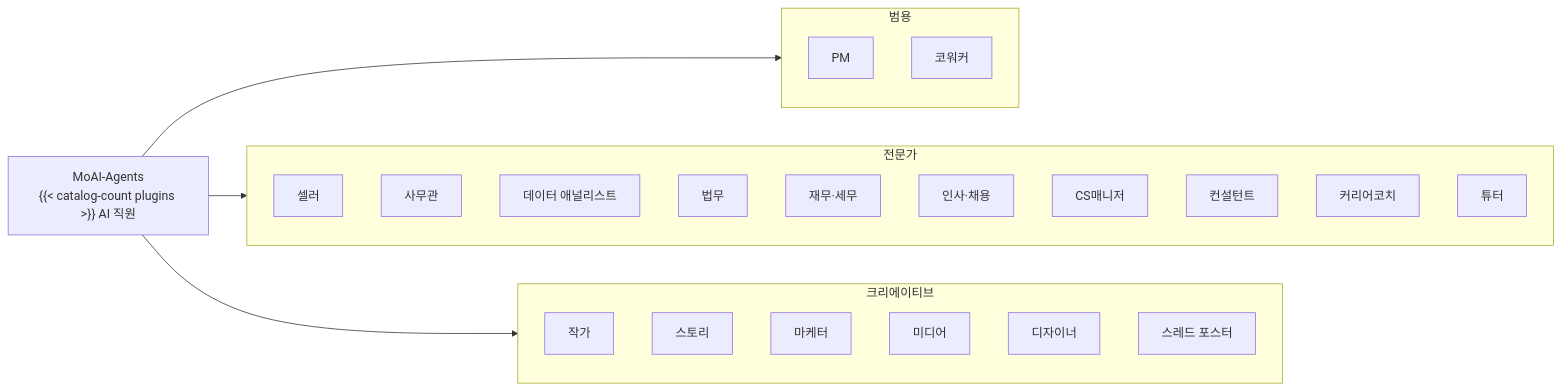
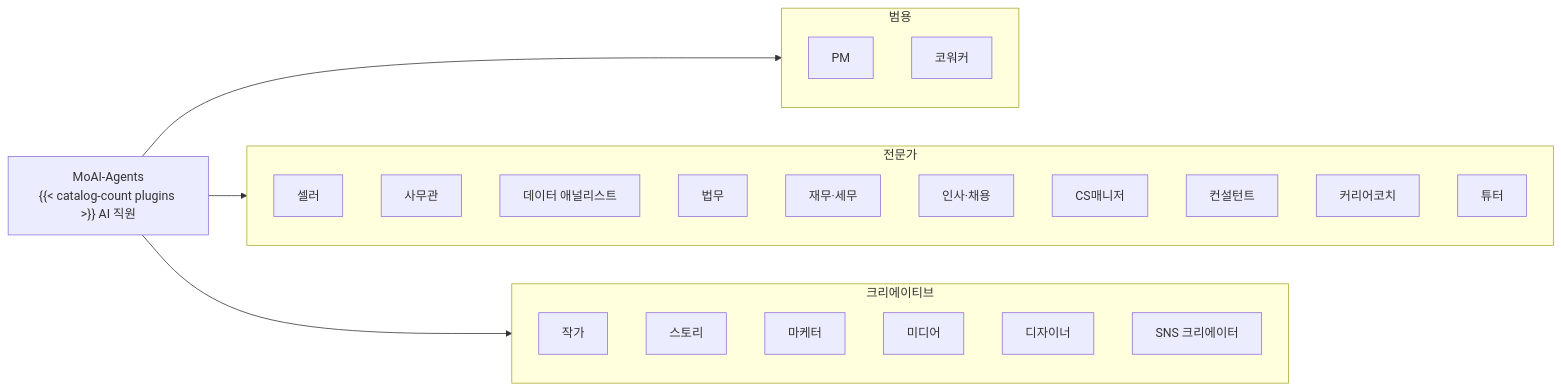
One commit to modu-ai/cowork-plugins changed the diagram in www/content/moai-agents/_index.md. Above: the diagram before and after it, drawn with Mermaid. The commit also changed other lines of this file and 28 other files, not shown here.

````diff
--- a/www/content/moai-agents/_index.md
+++ b/www/content/moai-agents/_index.md
@@ -18,33 +18,33 @@
 ```mermaid
 flowchart LR
    HUB["MoAI-Agents<br/>{{< catalog-count plugins >}} AI 직원"]
 
    subgraph G1["범용"]
        PM["PM"]
        CW["코워커"]
    end
    subgraph G2["전문가"]
        SE["셀러"]
        OF["사무관"]
        AN["데이터 애널리스트"]
        LA["법무"]
        AC["재무·세무"]
        RE["인사·채용"]
        CS["CS매니저"]
        CO["컨설턴트"]
        CA["커리어코치"]
        TU["튜터"]
    end
    subgraph G3["크리에이티브"]
        WR["작가"]
        ST["스토리"]
        MK["마케터"]
        MD["미디어"]
        DE["디자이너"]
-       TP["스레드 포스터"]
+       TP["SNS 크리에이터"]
    end
 
    HUB --> G1
    HUB --> G2
    HUB --> G3
 ```
````
